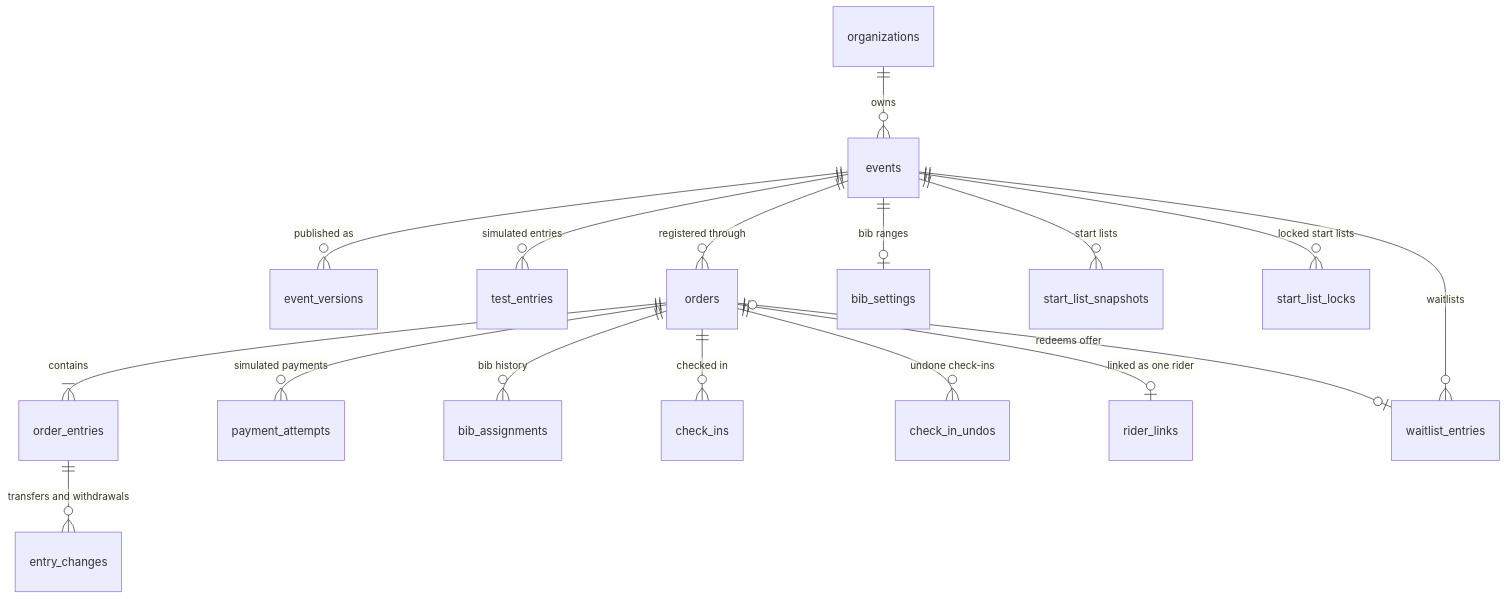
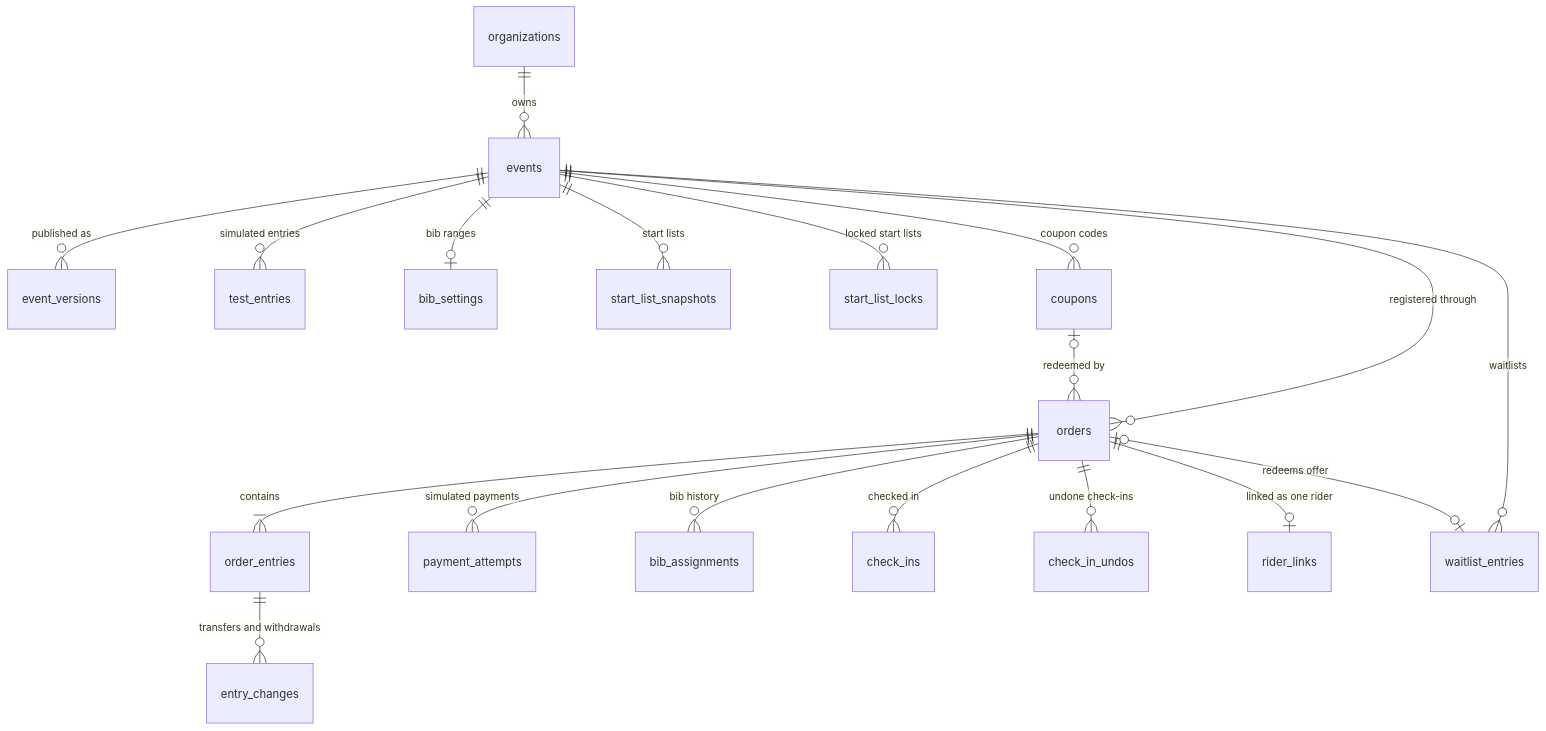
Before and after one commit to kchan1028/event-registration: the first of 2 diagrams in DATA_MODEL.md, drawn with Mermaid. The commit also changed other lines of this file and 18 other files, not shown here.

First line of the commit message:
feat(checkout): basic coupon codes with atomic redemption caps (#73)

````diff
--- a/DATA_MODEL.md
+++ b/DATA_MODEL.md
@@ -38,19 +39,21 @@
 ```mermaid
 erDiagram
     organizations ||--o{ events : owns
     events ||--o{ event_versions : "published as"
     events ||--o{ test_entries : "simulated entries"
     events ||--o{ orders : "registered through"
     orders ||--|{ order_entries : contains
     orders ||--o{ payment_attempts : "simulated payments"
     events ||--o| bib_settings : "bib ranges"
     orders ||--o{ bib_assignments : "bib history"
     orders ||--o{ check_ins : "checked in"
     orders ||--o{ check_in_undos : "undone check-ins"
     orders ||--o| rider_links : "linked as one rider"
     events ||--o{ start_list_snapshots : "start lists"
     events ||--o{ start_list_locks : "locked start lists"
     events ||--o{ waitlist_entries : "waitlists"
     orders |o--o| waitlist_entries : "redeems offer"
     order_entries ||--o{ entry_changes : "transfers and withdrawals"
+    events ||--o{ coupons : "coupon codes"
+    coupons |o--o{ orders : "redeemed by"
 ```
````
